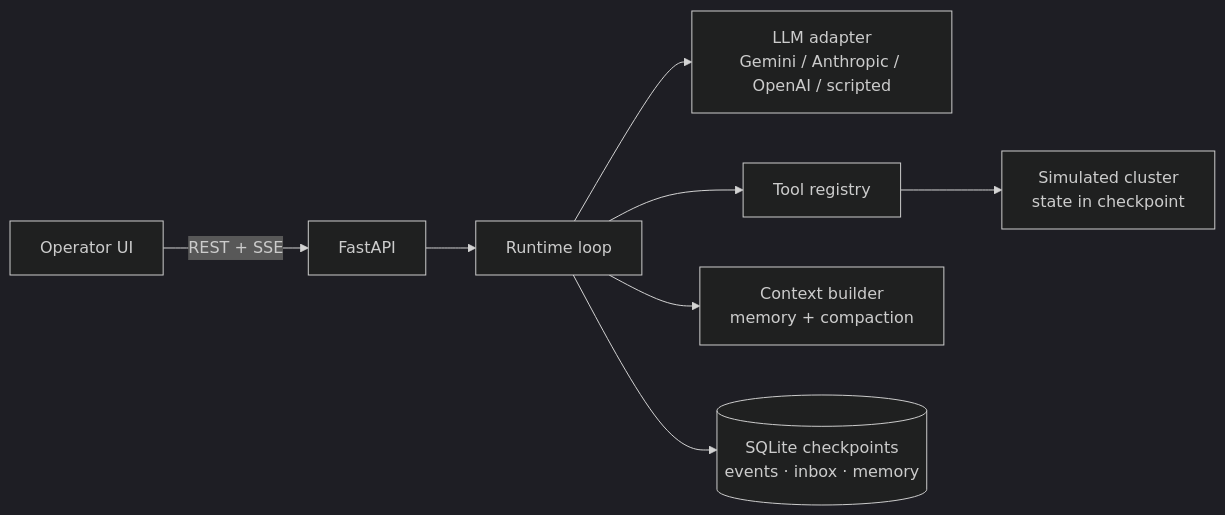
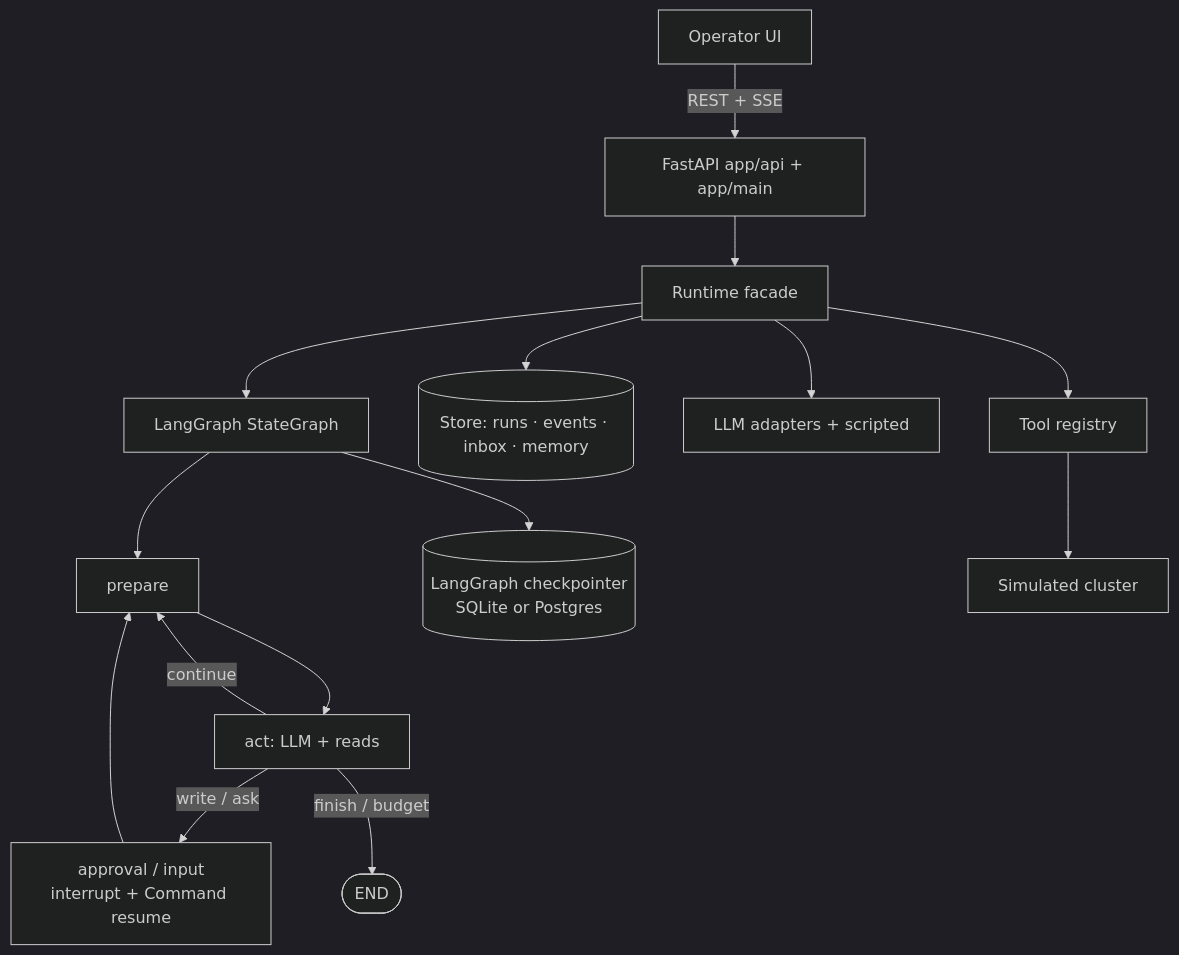
One commit to Zulfiqar7862/incident-triage-agent changed the diagram in README.md. Above: the diagram before and after it, drawn with Mermaid (dark theme). The commit also changed other lines of this file and 33 other files, not shown here.

````diff
--- a/README.md
+++ b/README.md
@@ -34,10 +34,17 @@
 ```mermaid
-flowchart LR
-  UI[Operator UI] -->|REST + SSE| API[FastAPI]
-  API --> RT[Runtime loop]
-  RT --> LLM[LLM adapter<br/>Gemini / Anthropic / OpenAI / scripted]
+flowchart TD
+  UI[Operator UI] -->|REST + SSE| API[FastAPI app/api + app/main]
+  API --> RT[Runtime facade]
+  RT --> LG[LangGraph StateGraph]
+  LG --> P[prepare]
+  P --> A[act: LLM + reads]
+  A -->|write / ask| G[approval / input<br/>interrupt + Command resume]
+  A -->|continue| P
+  G --> P
+  A -->|finish / budget| END([END])
+  LG --> CP[(LangGraph checkpointer<br/>SQLite or Postgres)]
+  RT --> Store[(Store: runs · events · inbox · memory)]
+  RT --> LLM[LLM adapters + scripted]
   RT --> Tools[Tool registry]
-  Tools --> Sim[Simulated cluster<br/>state in checkpoint]
-  RT --> Ctx[Context builder<br/>memory + compaction]
-  RT --> DB[(SQLite checkpoints<br/>events · inbox · memory)]
+  Tools --> Sim[Simulated cluster]
 ```
````
